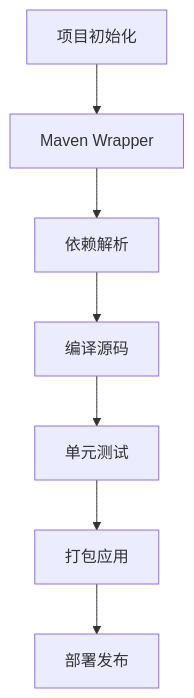
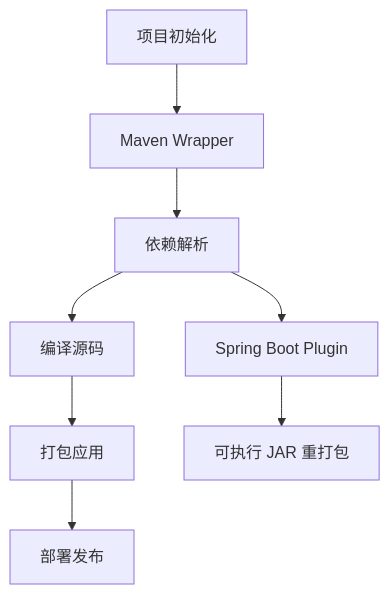
The second of 5 diagrams in ruoyi-admin/.gientech/wiki/技术栈与依赖.md (ChenLiyan-GT/RuoYi-Vue), drawn with Mermaid before and after one commit. The commit also changed other lines of this file and 82 other files, not shown here.

````diff
--- a/ruoyi-admin/.gientech/wiki/技术栈与依赖.md
+++ b/ruoyi-admin/.gientech/wiki/技术栈与依赖.md
@@ -143,9 +123,10 @@
 ```mermaid
 flowchart TD
 Start["项目初始化"] --> BuildWrapper["Maven Wrapper"]
 BuildWrapper --> Dependencies["依赖解析"]
 Dependencies --> Compile["编译源码"]
-Compile --> Test["单元测试"]
-Test --> Package["打包应用"]
+Compile --> Package["打包应用"]
 Package --> Deploy["部署发布"]
+Dependencies --> SpringBootPlugin["Spring Boot Plugin"]
+SpringBootPlugin --> Repackage["可执行 JAR 重打包"]
 ```
````
